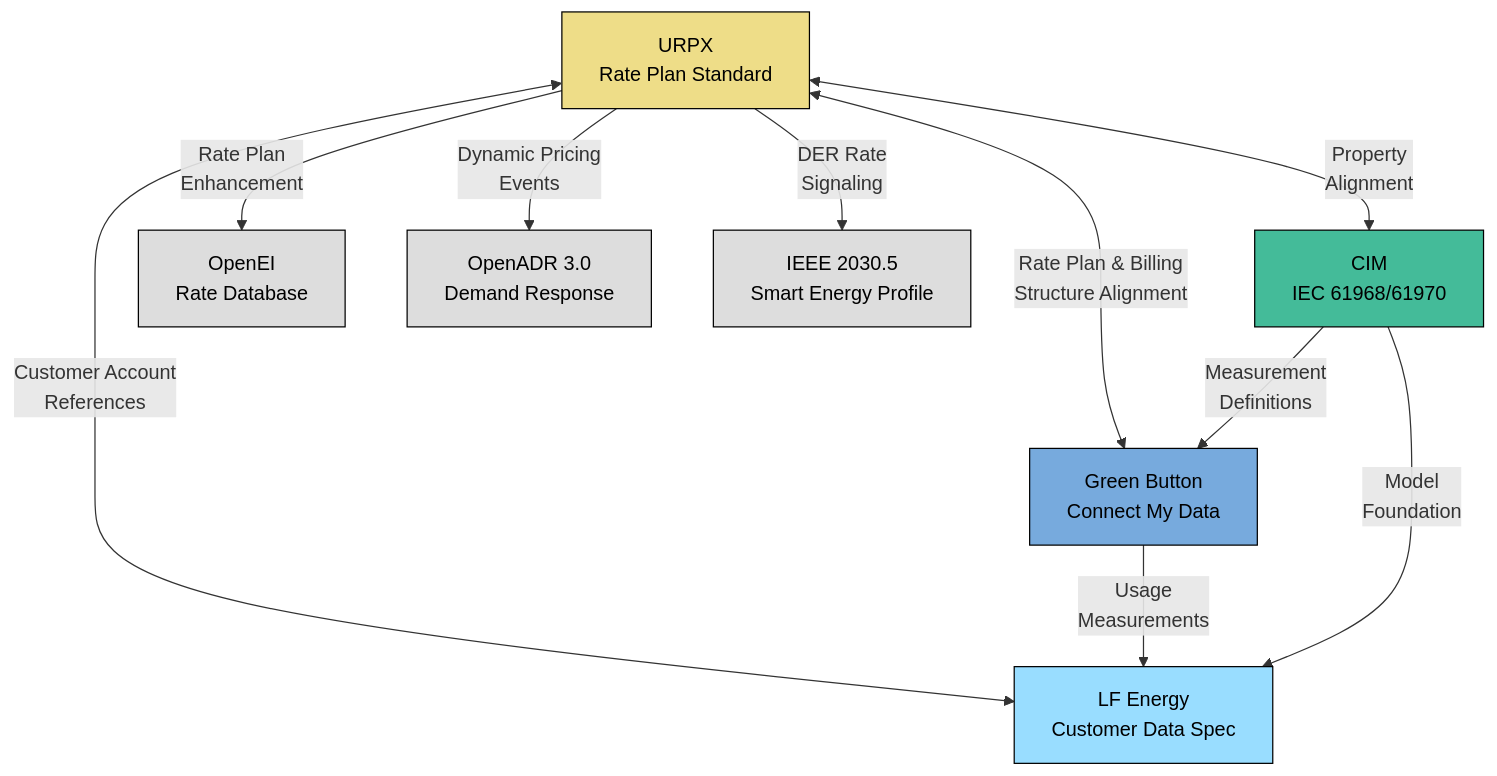
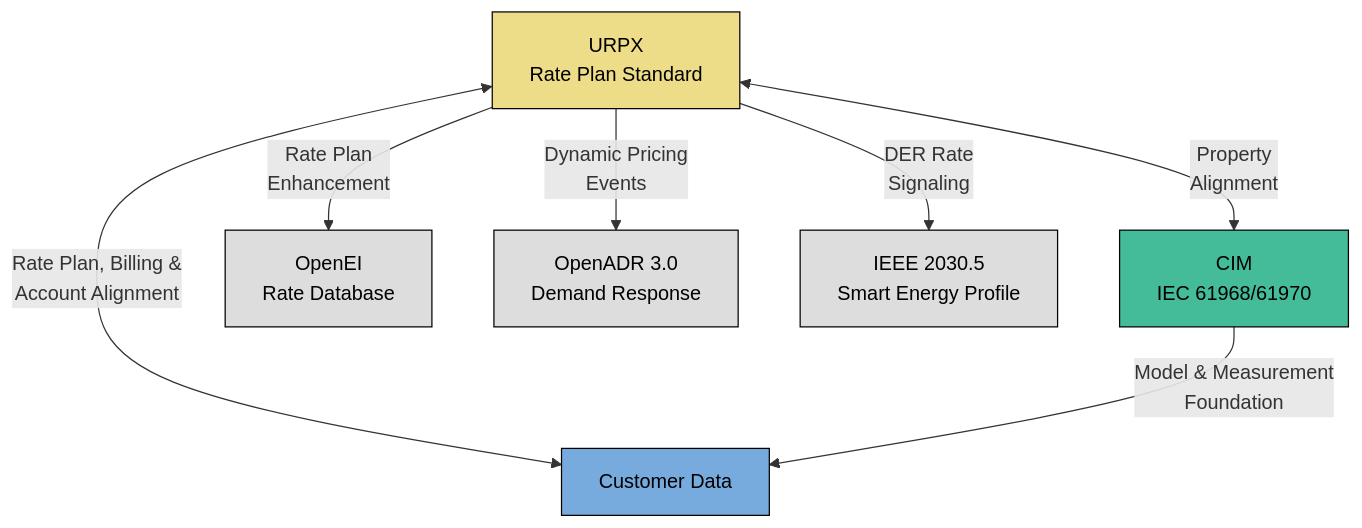
One commit to urpx-org/urpx changed the first of 2 diagrams in documentation/pages/urpx-interoperability.md. Above: the diagram before and after it, drawn with Mermaid.

Commit message:
Merge the customer-data standards into one node in the integration diagram
Updated to using a single Customer Data node in the standards-integration architecture diagram. The per-standard detail sections are unchanged.

````diff
--- a/documentation/pages/urpx-interoperability.md
+++ b/documentation/pages/urpx-interoperability.md
@@ -67,34 +67,29 @@
 ```mermaid
 graph TB
     %% Define styles with Paul Tol 2.7 Light colors
     classDef urpxClass fill:#EEDD88,stroke:#000,color:#000
-    classDef gbClass fill:#77AADD,stroke:#000,color:#000
-    classDef cdsClass fill:#99DDFF,stroke:#000,color:#000
+    classDef cdClass fill:#77AADD,stroke:#000,color:#000
     classDef cimClass fill:#44BB99,stroke:#000,color:#000
     classDef otherClass fill:#DDDDDD,stroke:#000,color:#000
     
     %% URPX Core
     URPX[URPX<br/>Rate Plan Standard]:::urpxClass
     
     %% Direct Integrations
-    GB[Green Button<br/>Connect My Data]:::gbClass
-    CDS[LF Energy<br/>Customer Data Spec]:::cdsClass
+    CD[Customer Data]:::cdClass
     CIM[CIM<br/>IEC 61968/61970]:::cimClass
     
     %% Related Standards
     OpenEI[OpenEI<br/>Rate Database]:::otherClass
     OpenADR[OpenADR 3.0<br/>Demand Response]:::otherClass
     IEEE[IEEE 2030.5<br/>Smart Energy Profile]:::otherClass
     
     %% Connections
-    URPX <-->|Rate Plan & Billing<br/>Structure Alignment| GB
-    URPX <-->|Customer Account<br/>References| CDS
+    URPX <-->|Rate Plan, Billing &<br/>Account Alignment| CD
     URPX <-->|Property<br/>Alignment| CIM
     URPX -->|Rate Plan<br/>Enhancement| OpenEI
     URPX -->|Dynamic Pricing<br/>Events| OpenADR
     URPX -->|DER Rate<br/>Signaling| IEEE
     
-    GB -->|Usage<br/>Measurements| CDS
-    CIM -->|Model<br/>Foundation| CDS
-    CIM -->|Measurement<br/>Definitions| GB
+    CIM -->|Model & Measurement<br/>Foundation| CD
 ```
````
